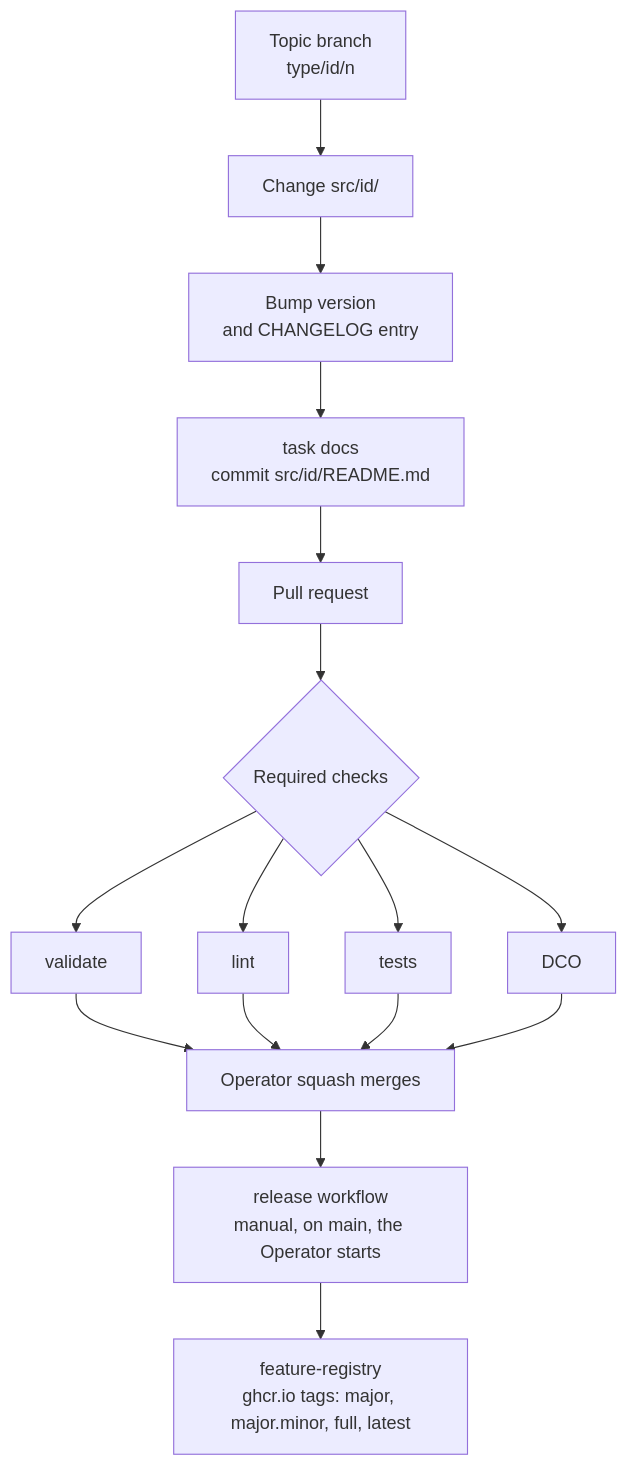
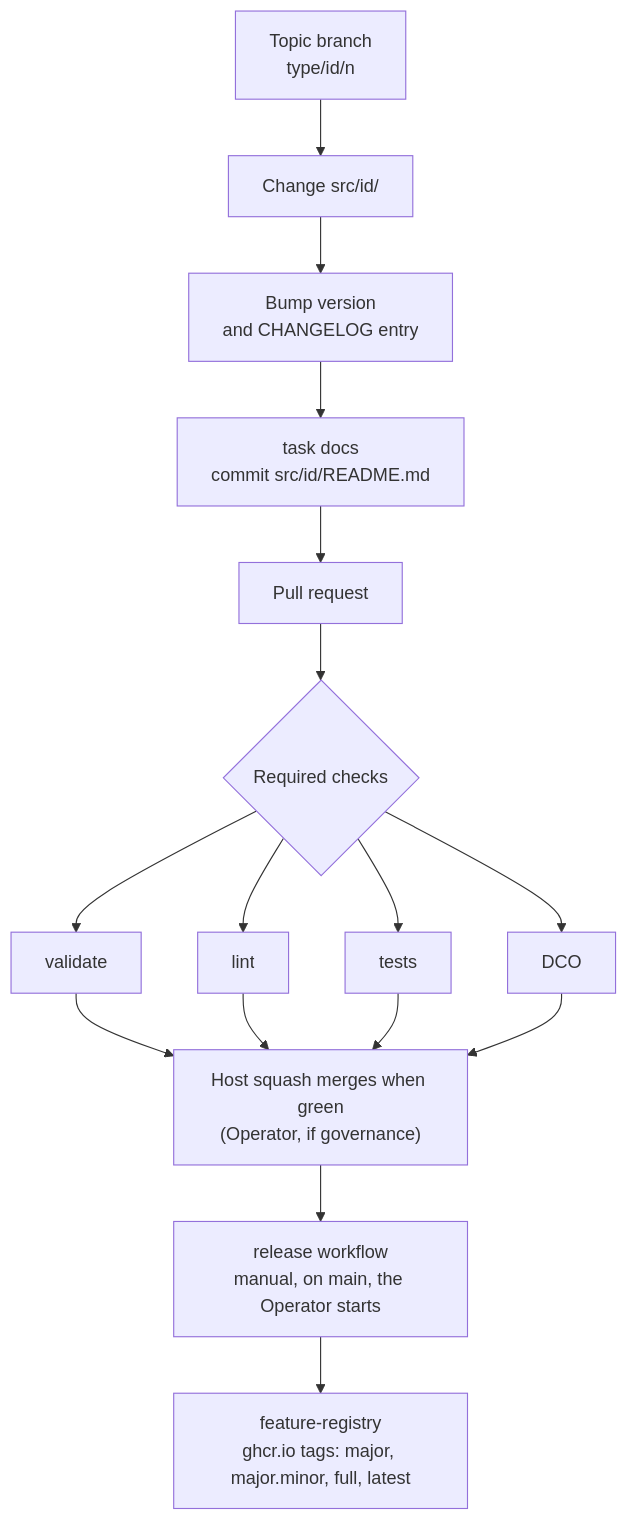
The third of 13 diagrams in docs/architecture/workflows.md (nabil-becker/devcontainer-features), drawn with Mermaid before and after one commit. The commit also changed other lines of this file and 10 other files, not shown here.

First line of the commit message:
docs(adr): 0085 the host merges its own green pull requests (host-merge-adr) (#252)

````diff
--- a/docs/architecture/workflows.md
+++ b/docs/architecture/workflows.md
@@ -50,18 +50,18 @@
 ```mermaid
 flowchart TB
   b["Topic branch<br/>type/id/n"] --> c["Change src/id/"]
   c --> v["Bump version<br/>and CHANGELOG entry"]
   v --> d["task docs<br/>commit src/id/README.md"]
   d --> pr["Pull request"]
   pr --> checks{"Required checks"}
   checks --> val["validate"]
   checks --> lint["lint"]
   checks --> tests["tests"]
   checks --> dco["DCO"]
-  val --> m["Operator squash merges"]
+  val --> m["Host squash merges when green<br/>(Operator, if governance)"]
   lint --> m
   tests --> m
   dco --> m
   m --> rel["release workflow<br/>manual, on main, the Operator starts"]
   rel --> reg["feature-registry<br/>ghcr.io tags: major, major.minor, full, latest"]
 ```
````
